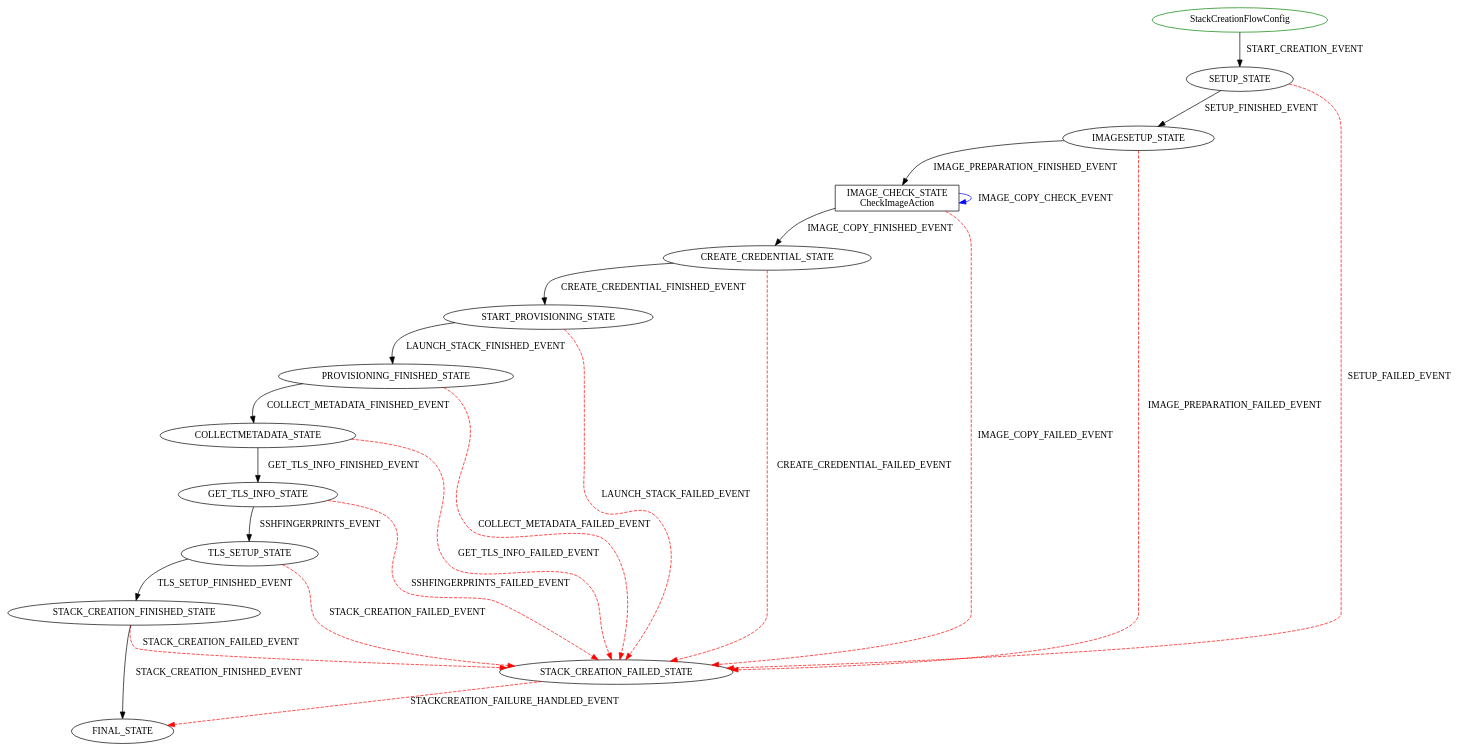
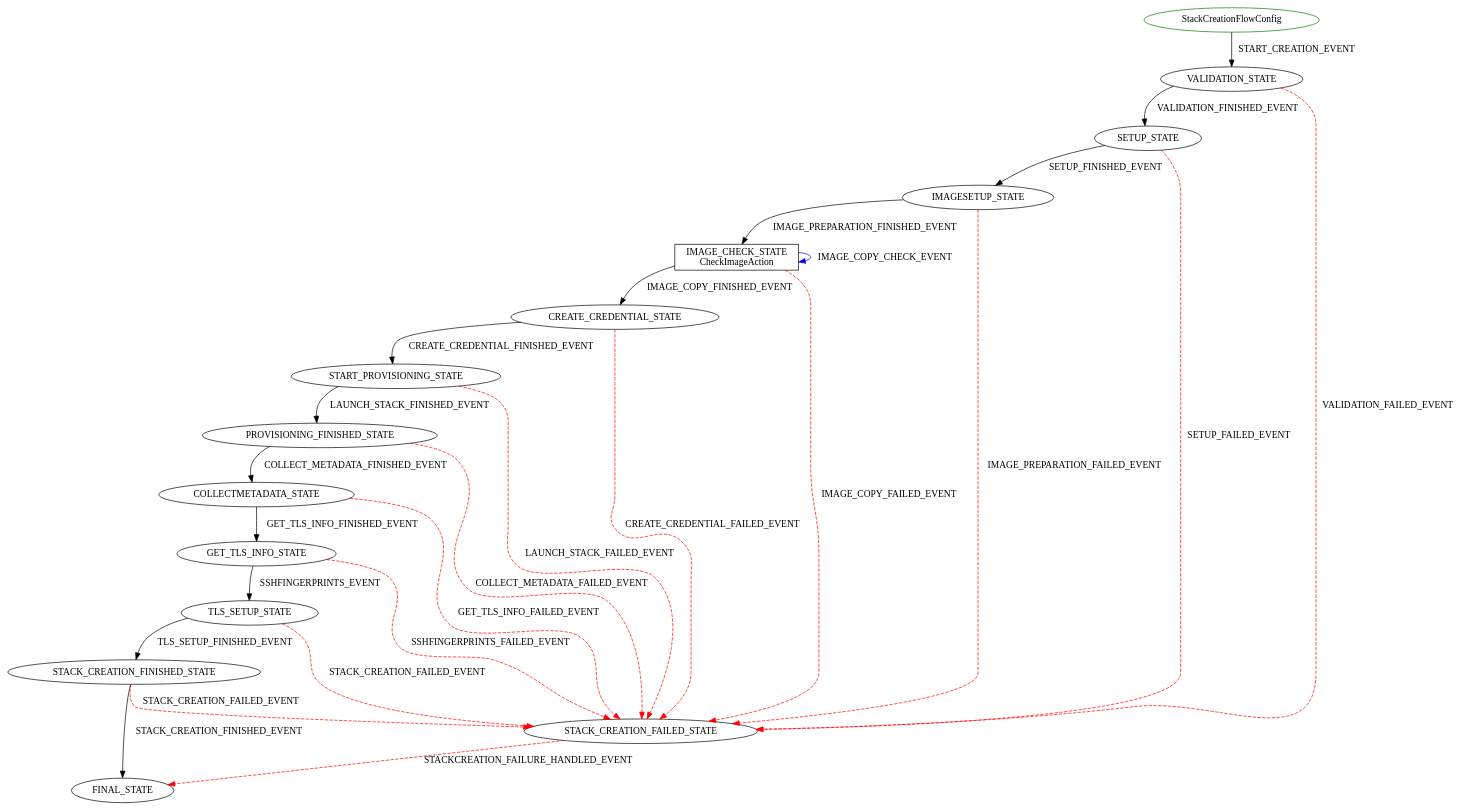
One commit to hortonworks/cloudbreak-docs changed the diagram in latest/diagrams/StackCreationFlowConfig.dot. Above: the diagram before and after it, drawn with Graphviz. The commit also changed 41 other files, not shown here.

```diff
--- a/latest/diagrams/StackCreationFlowConfig.dot
+++ b/latest/diagrams/StackCreationFlowConfig.dot
@@ -1,27 +1,29 @@
 digraph {
 INIT_STATE [label="StackCreationFlowConfig" shape=ellipse color=green];
-INIT_STATE -> SETUP_STATE [label="START_CREATION_EVENT" color=black style=solid];
+INIT_STATE -> VALIDATION_STATE [label="START_CREATION_EVENT" color=black style=solid];
+VALIDATION_STATE -> SETUP_STATE [label="VALIDATION_FINISHED_EVENT" color=black style=solid];
+VALIDATION_STATE -> STACK_CREATION_FAILED_STATE [label="VALIDATION_FAILED_EVENT" color=red style=dashed];
+STACK_CREATION_FAILED_STATE -> FINAL_STATE [label="STACKCREATION_FAILURE_HANDLED_EVENT" color=red style=dashed];
 SETUP_STATE -> IMAGESETUP_STATE [label="SETUP_FINISHED_EVENT" color=black style=solid];
 SETUP_STATE -> STACK_CREATION_FAILED_STATE [label="SETUP_FAILED_EVENT" color=red style=dashed];
-STACK_CREATION_FAILED_STATE -> FINAL_STATE [label="STACKCREATION_FAILURE_HANDLED_EVENT" color=red style=dashed];
 IMAGE_CHECK_STATE [label="IMAGE_CHECK_STATE\nCheckImageAction" shape=rect color=black];
 IMAGESETUP_STATE -> IMAGE_CHECK_STATE [label="IMAGE_PREPARATION_FINISHED_EVENT" color=black style=solid];
 IMAGESETUP_STATE -> STACK_CREATION_FAILED_STATE [label="IMAGE_PREPARATION_FAILED_EVENT" color=red style=dashed];
 IMAGE_CHECK_STATE -> IMAGE_CHECK_STATE [label="IMAGE_COPY_CHECK_EVENT" color=blue style=solid];
 IMAGE_CHECK_STATE -> STACK_CREATION_FAILED_STATE [label="IMAGE_COPY_FAILED_EVENT" color=red style=dashed];
 IMAGE_CHECK_STATE -> CREATE_CREDENTIAL_STATE [label="IMAGE_COPY_FINISHED_EVENT" color=black style=solid];
 CREATE_CREDENTIAL_STATE -> START_PROVISIONING_STATE [label="CREATE_CREDENTIAL_FINISHED_EVENT" color=black style=solid];
 CREATE_CREDENTIAL_STATE -> STACK_CREATION_FAILED_STATE [label="CREATE_CREDENTIAL_FAILED_EVENT" color=red style=dashed];
 START_PROVISIONING_STATE -> PROVISIONING_FINISHED_STATE [label="LAUNCH_STACK_FINISHED_EVENT" color=black style=solid];
 START_PROVISIONING_STATE -> STACK_CREATION_FAILED_STATE [label="LAUNCH_STACK_FAILED_EVENT" color=red style=dashed];
 PROVISIONING_FINISHED_STATE -> COLLECTMETADATA_STATE [label="COLLECT_METADATA_FINISHED_EVENT" color=black style=solid];
 PROVISIONING_FINISHED_STATE -> STACK_CREATION_FAILED_STATE [label="COLLECT_METADATA_FAILED_EVENT" color=red style=dashed];
 COLLECTMETADATA_STATE -> GET_TLS_INFO_STATE [label="GET_TLS_INFO_FINISHED_EVENT" color=black style=solid];
 COLLECTMETADATA_STATE -> STACK_CREATION_FAILED_STATE [label="GET_TLS_INFO_FAILED_EVENT" color=red style=dashed];
 GET_TLS_INFO_STATE -> TLS_SETUP_STATE [label="SSHFINGERPRINTS_EVENT" color=black style=solid];
 GET_TLS_INFO_STATE -> STACK_CREATION_FAILED_STATE [label="SSHFINGERPRINTS_FAILED_EVENT" color=red style=dashed];
 TLS_SETUP_STATE -> STACK_CREATION_FINISHED_STATE [label="TLS_SETUP_FINISHED_EVENT" color=black style=solid];
 TLS_SETUP_STATE -> STACK_CREATION_FAILED_STATE [label="STACK_CREATION_FAILED_EVENT" color=red style=dashed];
 STACK_CREATION_FINISHED_STATE -> FINAL_STATE [label="STACK_CREATION_FINISHED_EVENT" color=black style=solid];
 STACK_CREATION_FINISHED_STATE -> STACK_CREATION_FAILED_STATE [label="STACK_CREATION_FAILED_EVENT" color=red style=dashed];
 }
```
